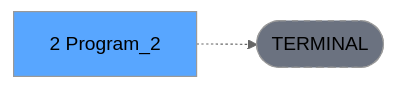
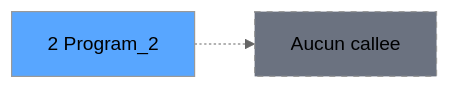
Before and after one commit to thonyAGP/lecteur-magic: the third of 3 diagrams in .openspec/specs/ADH-IDE-2.md, drawn with Mermaid (neutral theme). The commit also changed other lines of this file and 96 other files, not shown here.

````diff
--- a/.openspec/specs/ADH-IDE-2.md
+++ b/.openspec/specs/ADH-IDE-2.md
@@ -134,8 +121,8 @@
 ```mermaid
 graph LR
-    T[2 Program_2]
-    TERM([TERMINAL])
-    T -.-> TERM
-    style TERM fill:#6b7280,stroke-dasharray: 5 5
-    style T fill:#58a6ff,color:#000
+    T2[2 Program_2]
+    style T2 fill:#58a6ff
+    NONE[Aucun callee]
+    T2 -.-> NONE
+    style NONE fill:#6b7280,stroke-dasharray: 5 5
 ```
````
